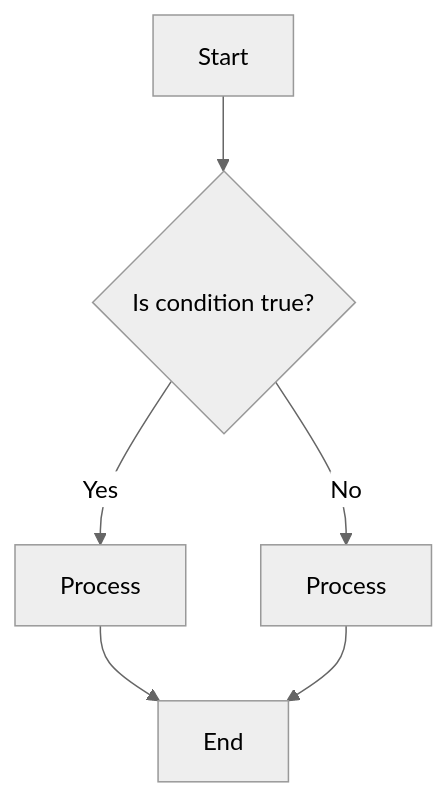
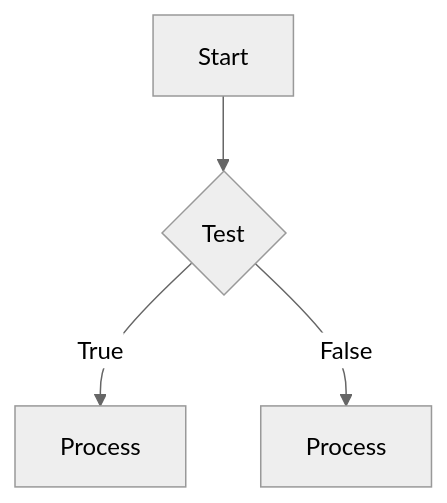
The third of 4 diagrams in README.MD (ArkarHein44/Flowchart), drawn with Mermaid (neutral theme) before and after one commit. The commit also changed other lines of this file, not shown here.

````diff
--- a/README.MD
+++ b/README.MD
@@ -38,8 +38,6 @@
 ```mermaid
 flowchart TB
-	A[Start] --> B{Is condition true?}
-    B -- Yes --> C[Process]
-    B -- No --> D[Process]
-    C --> E[End]
-    D --> E
+	A[Start] --> B{Test}
+    B -- True --> C[Process]
+    B -- False --> D[Process]
 ```
````
